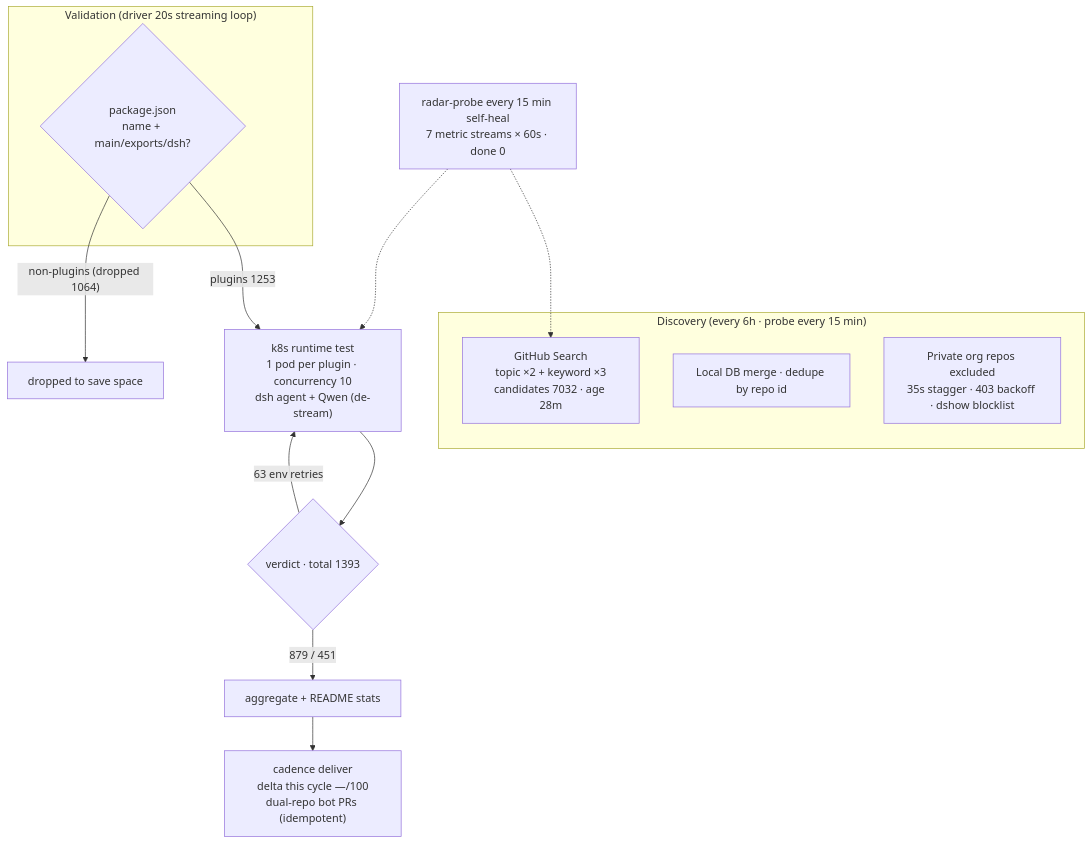
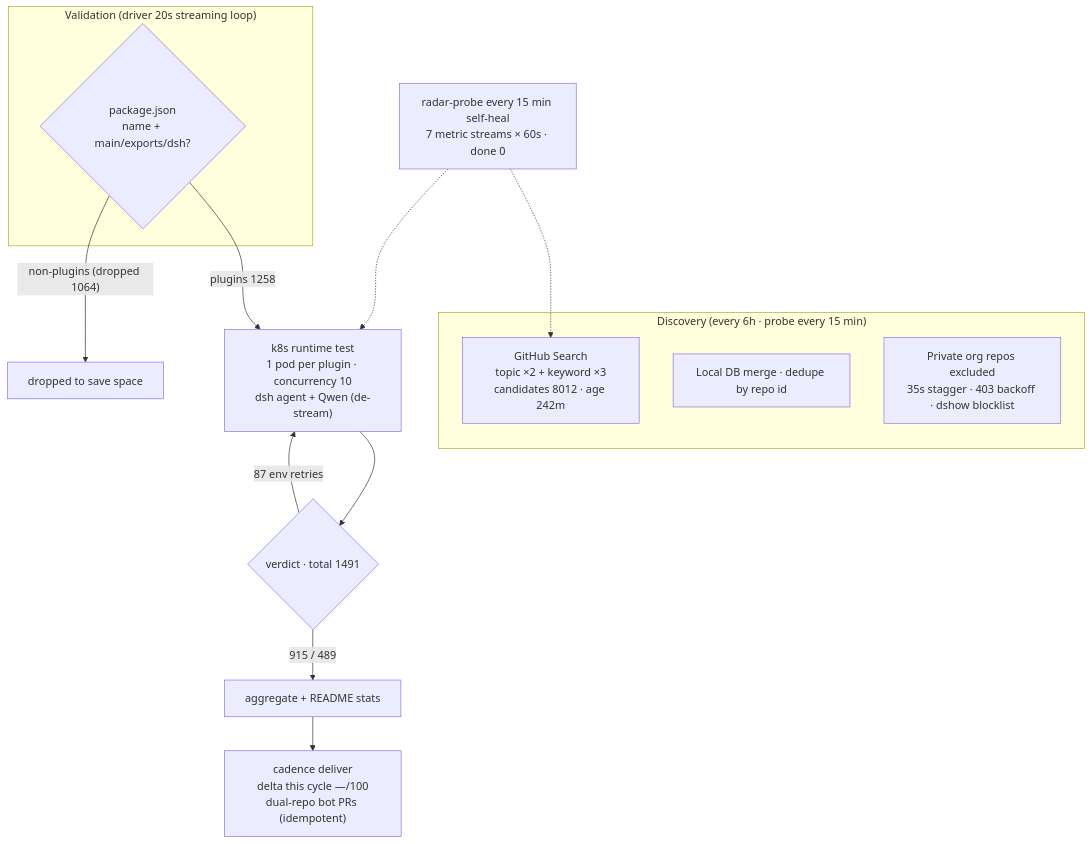
The diagram in README.en-US.md (AdamPlatin123/awesome-dsh-plugins), drawn with Mermaid before and after one commit. The commit also changed other lines of this file, not shown here.

````diff
--- a/README.en-US.md
+++ b/README.en-US.md
@@ -24,19 +24,19 @@
 ```mermaid
 flowchart TB
     subgraph Discovery[" Discovery (every 6h · probe every 15 min)"]
-        A1["GitHub Search<br/>topic ×2 + keyword ×3<br/>candidates 7032 · age 28m"]
+        A1["GitHub Search<br/>topic ×2 + keyword ×3<br/>candidates 8012 · age 242m"]
         A2["Local DB merge · dedupe by repo id"]
         A3[" Private org repos excluded<br/>35s stagger · 403 backoff · dshow blocklist"]
     end
     subgraph Validation[" Validation (driver 20s streaming loop)"]
         B1{"package.json<br/>name + main/exports/dsh?"}
     end
-    B1 -->|"plugins 1253"| C1["k8s runtime test<br/>1 pod per plugin · concurrency 10<br/>dsh agent + Qwen (de-stream)"]
+    B1 -->|"plugins 1258"| C1["k8s runtime test<br/>1 pod per plugin · concurrency 10<br/>dsh agent + Qwen (de-stream)"]
     B1 -->|"non-plugins (dropped 1064)"| B3[" dropped to save space"]
-    C1 --> D1{"verdict · total 1393"}
-    D1 -->|" 879 /  451"| E1["aggregate + README stats"]
-    D1 -->|" 63 env retries"| C1
+    C1 --> D1{"verdict · total 1491"}
+    D1 -->|" 915 /  489"| E1["aggregate + README stats"]
+    D1 -->|" 87 env retries"| C1
     E1 --> E2["cadence deliver<br/>delta this cycle —/100<br/>dual-repo bot PRs (idempotent)"]
     M[" radar-probe every 15 min self-heal<br/>7 metric streams × 60s · done 0"] -.-> A1
     M -.-> C1
 ```
````
